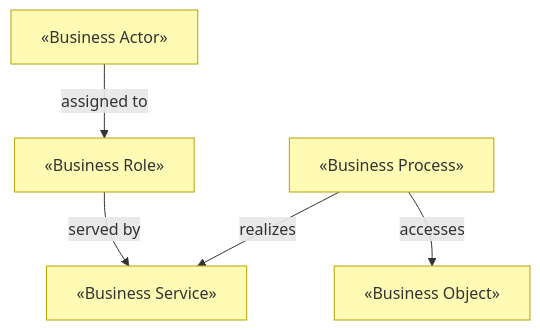
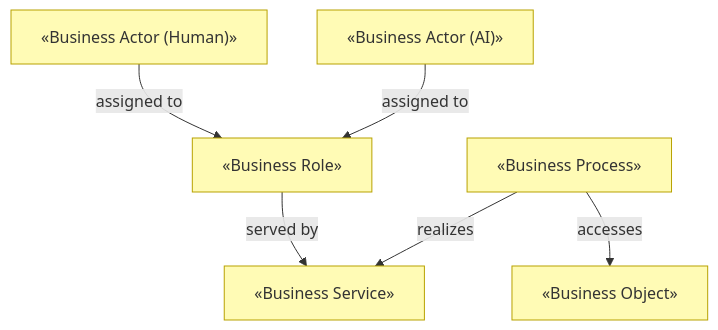
Before and after one commit to roanboc/architecture-archreator: the diagram in docs/ea/2_business/README.md, drawn with Mermaid. The commit also changed other lines of this file and 10 other files, not shown here.

````diff
--- a/docs/ea/2_business/README.md
+++ b/docs/ea/2_business/README.md
@@ -36,15 +46,17 @@
 ```mermaid
 flowchart TB
-  actor["«Business Actor»<br><Who>"]:::business
+  actorH["«Business Actor (Human)»<br><Who>"]:::business
+  actorAI["«Business Actor (AI)»<br><Who, and at what autonomy>"]:::business
   role["«Business Role»<br><Role they play>"]:::business
   svc["«Business Service»<br><What's offered>"]:::business
   proc["«Business Process»<br><How it's delivered>"]:::business
   obj["«Business Object»<br><What's handled>"]:::business
 
-  actor -->|assigned to| role
+  actorH -->|assigned to| role
+  actorAI -->|assigned to| role
   role -->|served by| svc
   proc -->|realizes| svc
   proc -->|accesses| obj
 
   classDef business fill:#fffbb5,stroke:#b8a200,color:#333
 ```
````
